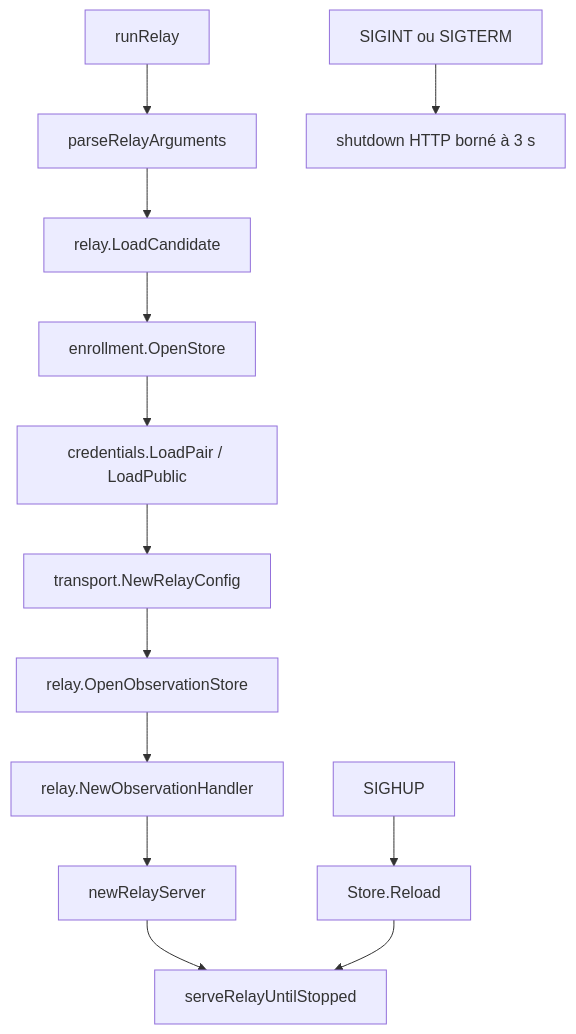
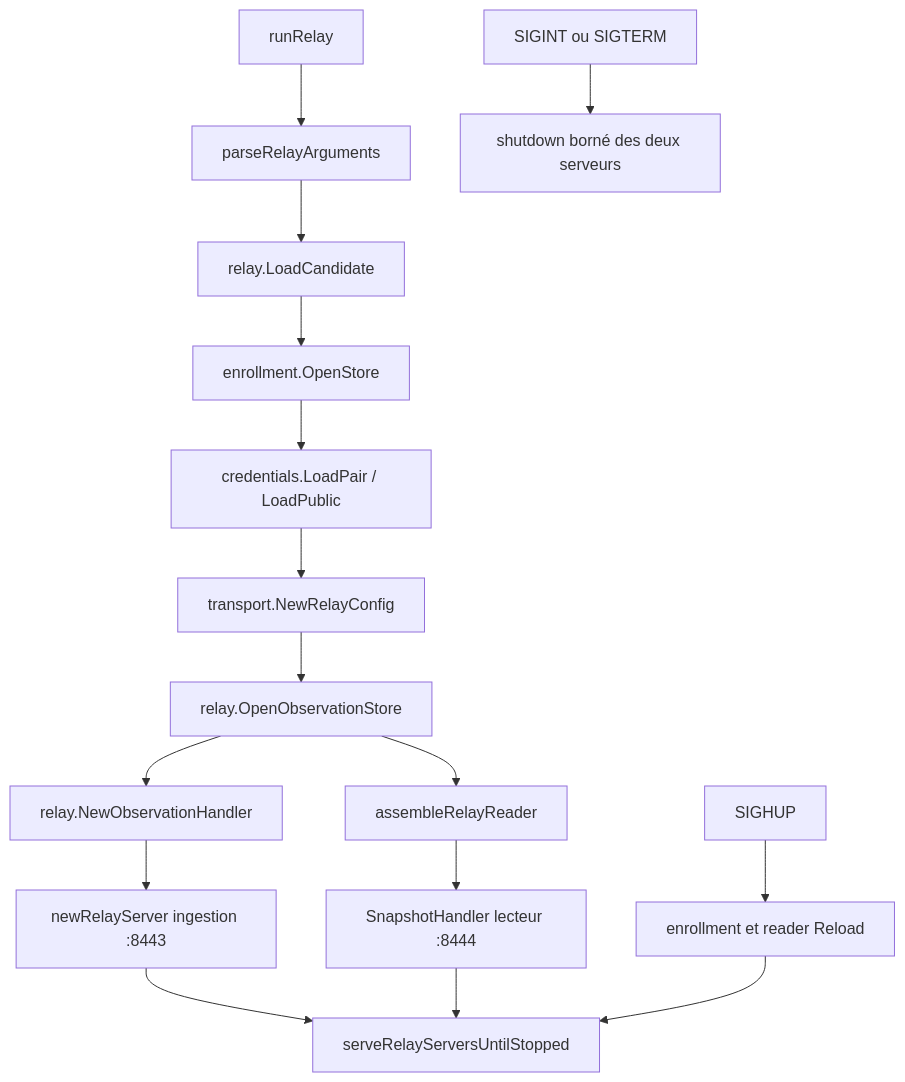
Before and after one commit to ldesfontaine/your-cloud: the third of 5 diagrams in docs/architecture/CHAINE-D-OBSERVATION.md, drawn with Mermaid. The commit also changed other lines of this file and 21 other files, not shown here.

````diff
--- a/docs/architecture/CHAINE-D-OBSERVATION.md
+++ b/docs/architecture/CHAINE-D-OBSERVATION.md
@@ -159,15 +167,18 @@
 ```mermaid
 flowchart TD
     RR[runRelay] --> A[parseRelayArguments]
     A --> M[relay.LoadCandidate]
     M --> E[enrollment.OpenStore]
     E --> C[credentials.LoadPair / LoadPublic]
     C --> TLS[transport.NewRelayConfig]
     TLS --> S[relay.OpenObservationStore]
     S --> H[relay.NewObservationHandler]
-    H --> HTTP[newRelayServer]
-    HTTP --> SERVE[serveRelayUntilStopped]
-    HUP[SIGHUP] --> RELOAD[Store.Reload]
+    H --> HTTP[newRelayServer ingestion :8443]
+    S --> READER[assembleRelayReader]
+    READER --> SNAP[SnapshotHandler lecteur :8444]
+    HTTP --> SERVE[serveRelayServersUntilStopped]
+    SNAP --> SERVE
+    HUP[SIGHUP] --> RELOAD[enrollment et reader Reload]
     RELOAD --> SERVE
-    STOP[SIGINT ou SIGTERM] --> SHUT[shutdown HTTP borné à 3 s]
+    STOP[SIGINT ou SIGTERM] --> SHUT[shutdown borné des deux serveurs]
 ```
````
